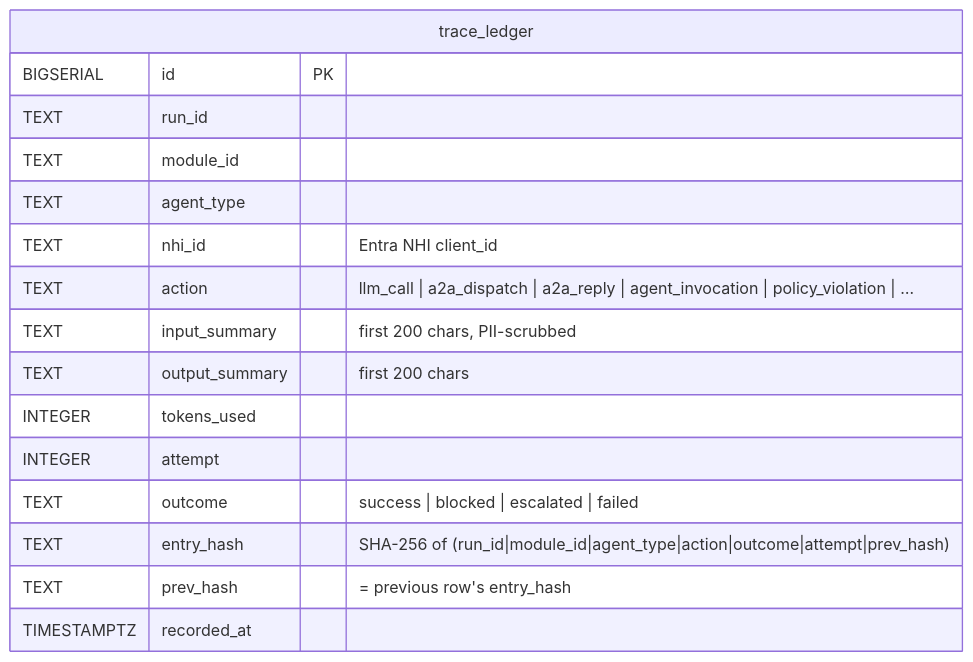
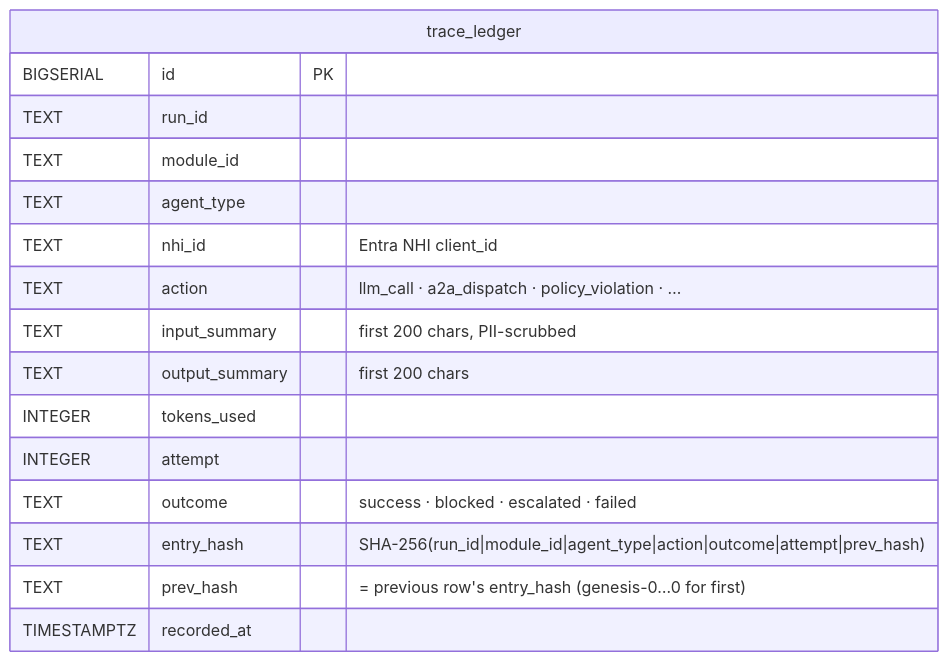
One commit to rlpatrao/agent-gov-sec changed the sixth of 11 diagrams in docs/architecture.md. Above: the diagram before and after it, drawn with Mermaid. The commit also changed other lines of this file and 128 other files, not shown here.

````diff
--- a/docs/architecture.md
+++ b/docs/architecture.md
@@ -299,19 +327,19 @@
 ```mermaid
 erDiagram
   trace_ledger {
     BIGSERIAL id PK
     TEXT     run_id
     TEXT     module_id
     TEXT     agent_type
     TEXT     nhi_id          "Entra NHI client_id"
-    TEXT     action          "llm_call | a2a_dispatch | a2a_reply | agent_invocation | policy_violation | …"
+    TEXT     action          "llm_call · a2a_dispatch · policy_violation · …"
     TEXT     input_summary   "first 200 chars, PII-scrubbed"
     TEXT     output_summary  "first 200 chars"
     INTEGER  tokens_used
     INTEGER  attempt
-    TEXT     outcome         "success | blocked | escalated | failed"
-    TEXT     entry_hash      "SHA-256 of (run_id|module_id|agent_type|action|outcome|attempt|prev_hash)"
-    TEXT     prev_hash       "= previous row's entry_hash"
+    TEXT     outcome         "success · blocked · escalated · failed"
+    TEXT     entry_hash      "SHA-256(run_id|module_id|agent_type|action|outcome|attempt|prev_hash)"
+    TEXT     prev_hash       "= previous row's entry_hash (genesis-0…0 for first)"
     TIMESTAMPTZ recorded_at
   }
 ```
````
